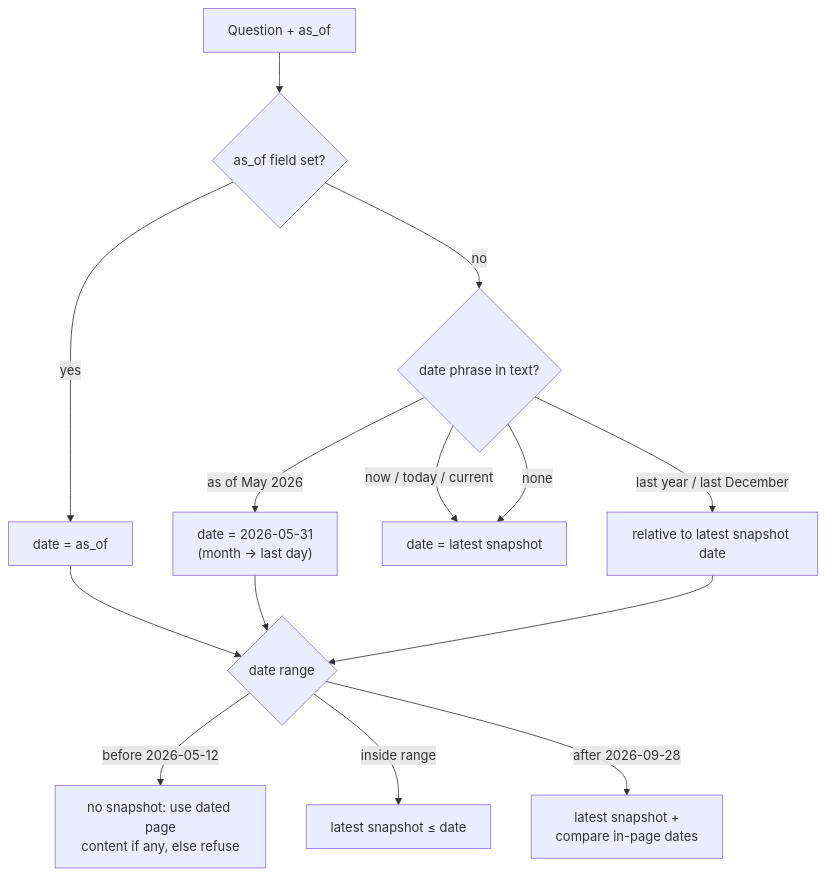
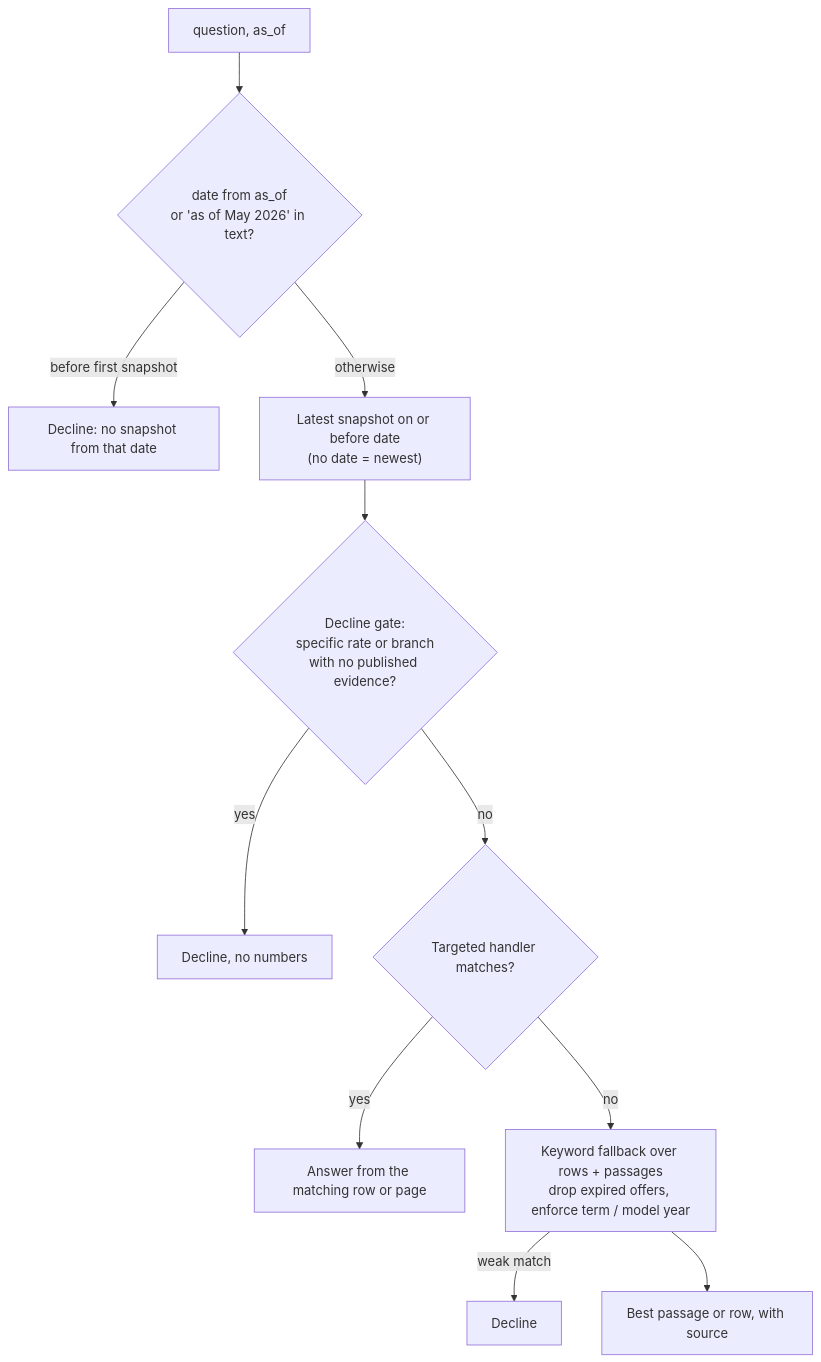
The second of 3 diagrams in docs/ARCHITECTURE.md (prabirit/knowledge-system-credit), drawn with Mermaid before and after one commit. The commit also changed other lines of this file and 2 other files, not shown here.

Commit message:
Rewrite architecture doc to match the built system; add requirements.txt

````diff
--- a/docs/ARCHITECTURE.md
+++ b/docs/ARCHITECTURE.md
@@ -253,16 +152,13 @@
 ```mermaid
 flowchart TD
-    Q["Question + as_of"] --> A{"as_of field set?"}
-    A -->|yes| D["date = as_of"]
-    A -->|no| B{"date phrase in text?"}
-    B -->|"as of May 2026"| D2["date = 2026-05-31<br/>(month → last day)"]
-    B -->|"now / today / current"| D3["date = latest snapshot"]
-    B -->|"last year / last December"| D4["relative to latest snapshot date"]
-    B -->|none| D3
-    D --> R{"date range"}
-    D2 --> R
-    D4 --> R
-    R -->|"before 2026-05-12"| P["no snapshot: use dated page<br/>content if any, else refuse"]
-    R -->|"inside range"| W["latest snapshot ≤ date"]
-    R -->|"after 2026-09-28"| L["latest snapshot +<br/>compare in-page dates"]
+    Q["question, as_of"] --> D{"date from as_of<br/>or 'as of May 2026' in text?"}
+    D -->|"before first snapshot"| N["Decline: no snapshot from that date"]
+    D -->|otherwise| S["Latest snapshot on or before date<br/>(no date = newest)"]
+    S --> G{"Decline gate:<br/>specific rate or branch<br/>with no published evidence?"}
+    G -->|yes| R["Decline, no numbers"]
+    G -->|no| H{"Targeted handler matches?"}
+    H -->|yes| A["Answer from the matching row or page"]
+    H -->|no| K["Keyword fallback over rows + passages<br/>drop expired offers, enforce term / model year"]
+    K -->|"weak match"| R2["Decline"]
+    K --> A2["Best passage or row, with source"]
 ```
````
